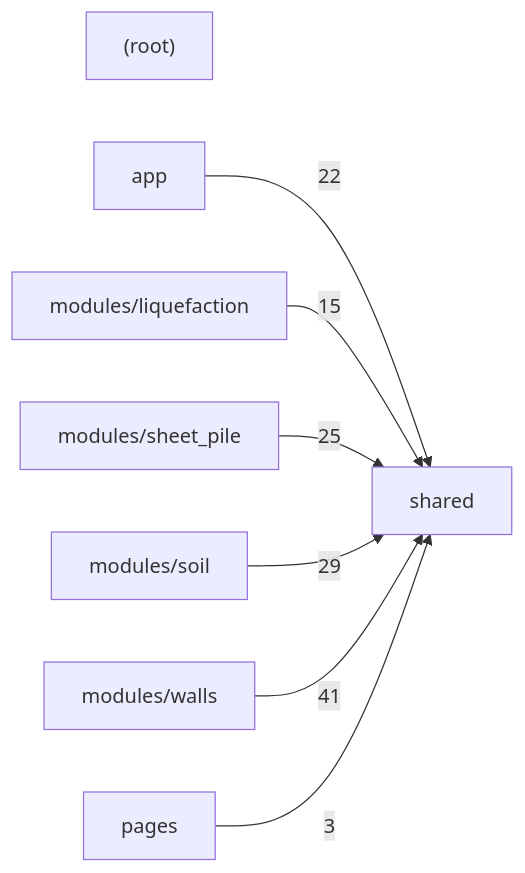
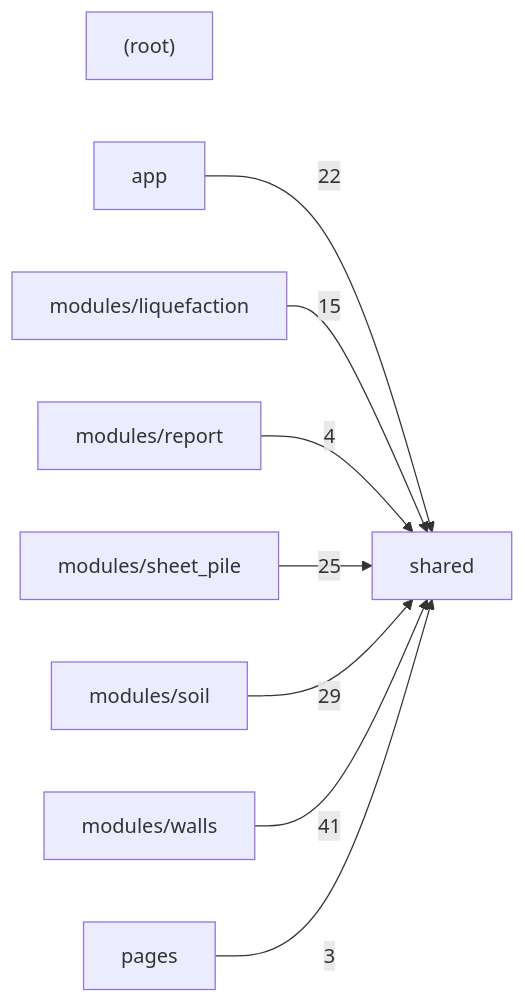
The second of 2 diagrams in docs/CODE_MAP.md (umutsertkaya/Foundation_Engineering_Program), drawn with Mermaid before and after one commit. The commit also changed other lines of this file and 23 other files, not shown here.

````diff
--- a/docs/CODE_MAP.md
+++ b/docs/CODE_MAP.md
@@ -530,17 +550,19 @@
 ```mermaid
 graph LR
   _root_["(root)"]
   app["app"]
   modules_liquefaction["modules/liquefaction"]
+  modules_report["modules/report"]
   modules_sheet_pile["modules/sheet_pile"]
   modules_soil["modules/soil"]
   modules_walls["modules/walls"]
   pages["pages"]
   shared["shared"]
   app -->|22| shared
   modules_liquefaction -->|15| shared
+  modules_report -->|4| shared
   modules_sheet_pile -->|25| shared
   modules_soil -->|29| shared
   modules_walls -->|41| shared
   pages -->|3| shared
 ```
````
